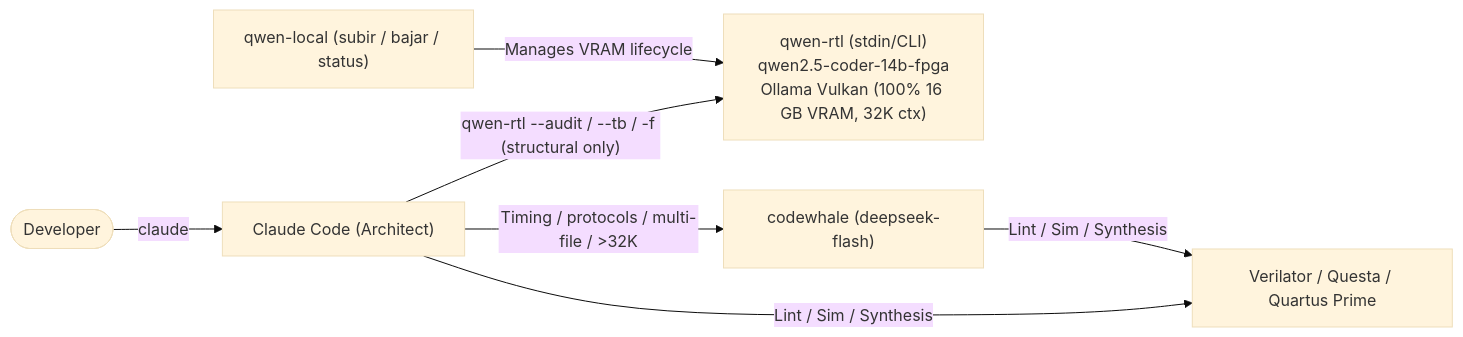
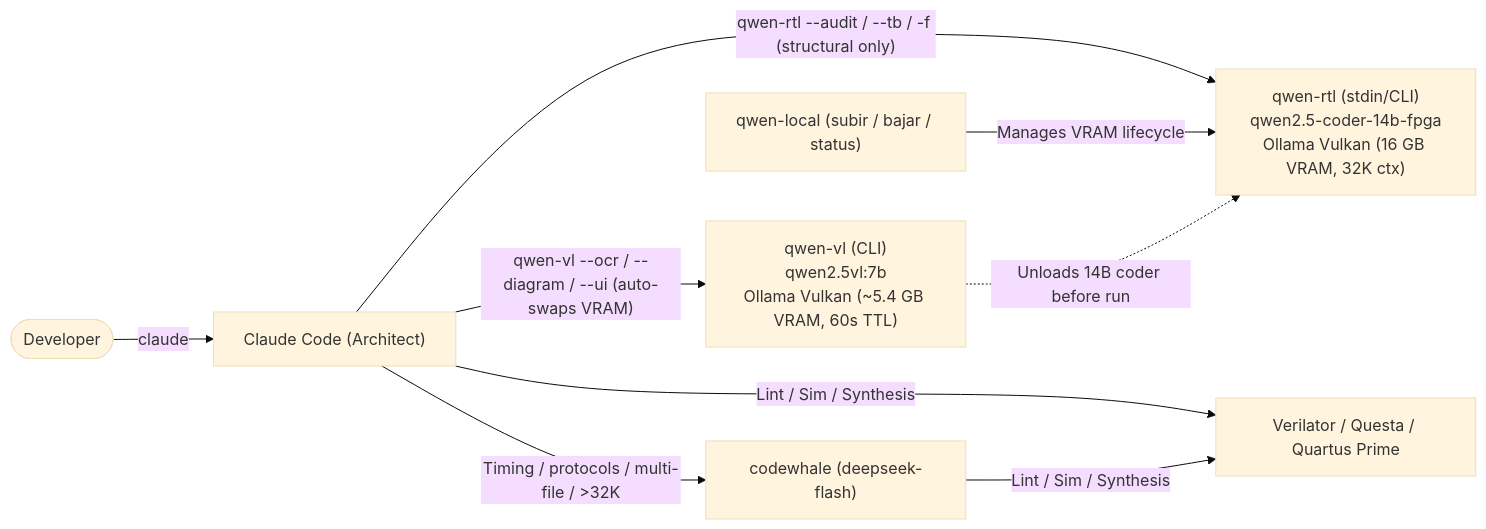
Before and after one commit to DanimanX/9070FpgaIAWorkflow: the diagram in README.md, drawn with Mermaid (base theme). The commit also changed 1 other file, not shown here.

Commit message:
docs: add qwen-vl to architecture and workflow Mermaid diagrams

````diff
--- a/README.md
+++ b/README.md
@@ -30,9 +30,11 @@
 ```mermaid
 flowchart LR
     Dev(["Developer"]) -->|"claude"| Claude["Claude Code (Architect)"]
-    Claude -->|"qwen-rtl --audit / --tb / -f (structural only)"| QwenRTL["qwen-rtl (stdin/CLI)<br/>qwen2.5-coder-14b-fpga<br/>Ollama Vulkan (100% 16 GB VRAM, 32K ctx)"]
+    Claude -->|"qwen-rtl --audit / --tb / -f (structural only)"| QwenRTL["qwen-rtl (stdin/CLI)<br/>qwen2.5-coder-14b-fpga<br/>Ollama Vulkan (16 GB VRAM, 32K ctx)"]
+    Claude -->|"qwen-vl --ocr / --diagram / --ui (auto-swaps VRAM)"| QwenVL["qwen-vl (CLI)<br/>qwen2.5vl:7b<br/>Ollama Vulkan (~5.4 GB VRAM, 60s TTL)"]
     Claude -->|"Timing / protocols / multi-file / >32K"| CW["codewhale (deepseek-flash)"]
     Ctrl["qwen-local (subir / bajar / status)"] -->|"Manages VRAM lifecycle"| QwenRTL
+    QwenVL -.->|"Unloads 14B coder before run"| QwenRTL
     Claude -->|"Lint / Sim / Synthesis"| Tools["Verilator / Questa / Quartus Prime"]
     CW -->|"Lint / Sim / Synthesis"| Tools
 ```
````
